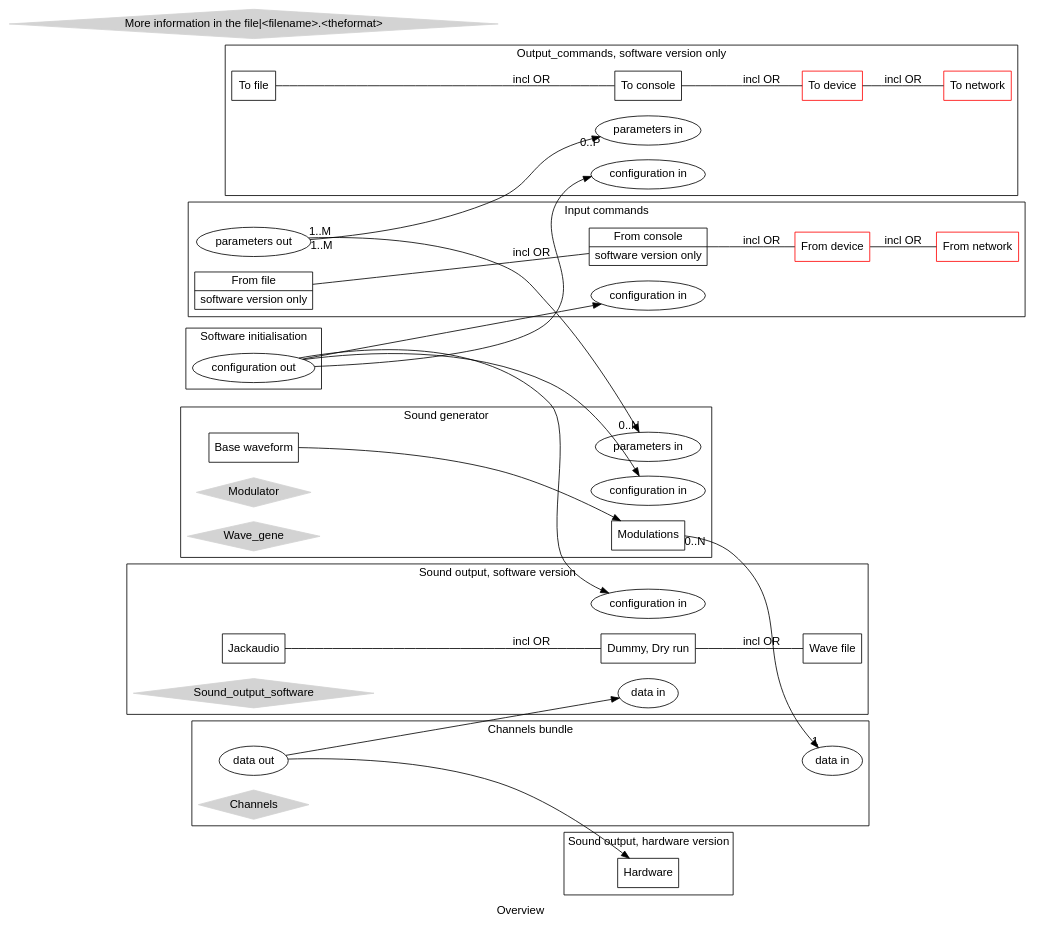
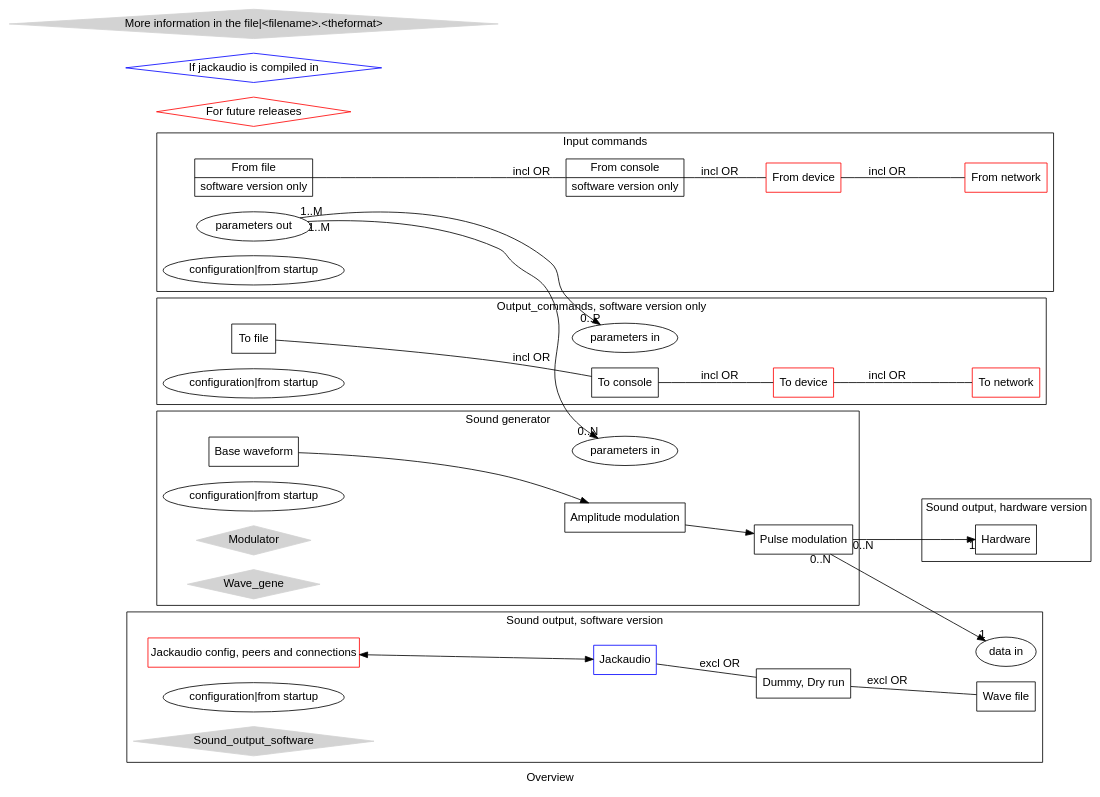
Before and after one commit to ElecGeek/MultiSignalGene: the diagram in Documentation/Overview.gv, drawn with Graphviz.

Commit message:
Overview improvement

```diff
--- a/Documentation/Overview.gv
+++ b/Documentation/Overview.gv
@@ -1,92 +1,81 @@
 digraph overview {
 		newrank=true;
 		comment=""
 		comment="Sorry my lisp installation of graphviz is broken. I hope to fix the indentation ASAP"
 		comment=""
 		 fontname="Helvetica,Arial,sans-sherif"
 		 node [fontname="Helvetica,Arial,sans-sherif"]
 		 edge [fontname="Helvetica,Arial,sans-sherif"]
 		 rankdir=LR;
 		 node [shape=record]
 
 		 label="Overview";
 
-		 subgraph cluster_initialisation {
-		 		  node [shape=record]
-				  label="Software initialisation";
-				  node [label="configuration out";shape=ellipse] "n_init_output";
-		 }
 		 subgraph cluster_input_commands {
 		 		  node [shape=record]
 				  label="Input commands";
 				  subgraph n_input_cmd {
 				  				  node [label="From file|software version only"] "n_input_cmd_file";
 				  				  node [label="From console|software version only"] "n_input_cmd_stdio";
 				  				  node [label="From device";color=red] "n_input_cmd_device";
 				  				  node [label="From network";color=red] "n_input_cmd_net";
 				  }
 				  node [label="parameters out";shape=ellipse] "n_input_commands_output";
-				  node [label="configuration in";shape=ellipse] "n_input_commands_config";
+				  node [label="configuration|from startup";shape=ellipse] "n_input_commands_config";
 				  n_input_cmd_file -> n_input_cmd_stdio -> n_input_cmd_device -> n_input_cmd_net [label="incl OR";dir=none];
 		 }
 		 subgraph cluster_output_commands {
 		 		  node [shape=record]
 				  label="Output_commands, software version only";
 				  subgraph n_output_cmd {
 				  				  node [label="To file"] "n_output_cmd_file";
 				  				  node [label="To console"] "n_output_cmd_stdio";
 				  				  node [label="To device";color=red] "n_output_cmd_device";
 				  				  node [label="To network";color=red] "n_output_cmd_net";
 				  }
 				  node [label="parameters in";shape=ellipse] "n_output_commands_params";
-				  node [label="configuration in";shape=ellipse] "n_output_commands_config";
+				  node [label="configuration|from startup";shape=ellipse] "n_output_commands_config";
 				  n_output_cmd_file -> n_output_cmd_stdio -> n_output_cmd_device -> n_output_cmd_net [label="incl OR";dir=none];
 		 }
 		 subgraph cluster_sound_gene_0 {
 		 		  node [shape=record]
 		 		  label="Sound generator";
 		 		  node [label="Base waveform"] base_waveform;
-		 		  node [label="Modulations"] base_modulations;
+		 		  node [label="Amplitude modulation"] ampl_modulation;
+		 		  node [label="Pulse modulation"] pulse_modulation;
 				  node [label="parameters in";shape=ellipse] "n_base_waveform_params";
-				  "base_waveform" -> "base_modulations";
-				  node [label="configuration in";shape=ellipse] "n_base_waveform_config";
+				  "base_waveform" -> "ampl_modulation";
+				  "ampl_modulation" -> "pulse_modulation";
+				  node [label="configuration|from startup";shape=ellipse] "n_base_waveform_config";
 				  node [label="Modulator";shape=diamond;style=filled;color=lightgrey] "links_modulator"
 				  node [label="Wave_gene";shape=diamond;style=filled;color=lightgrey] "links_wavegene"
 		 }
 
 		 subgraph cluster_sound_software {
 		 		  label="Sound output, software version";
-		 		  node [label="Jackaudio"] "n_output_jack";
-  		 		  node [label="Dummy, Dry run"] "n_output_dummy";
+		 		  node [label="Jackaudio config, peers and connections";color=red] "n_jack_cpc";
+  		 		  node [label="Jackaudio";color=blue] "n_output_jack";
+  		 		  node [label="Dummy, Dry run";color=black] "n_output_dummy";
   		 		  node [label="Wave file"] "n_output_wavefile";
+				  "n_jack_cpc" -> "n_output_jack"[dir=both];
 
-		 		  node [label="configuration in";shape=ellipse] "n_output_config";
+		 		  node [label="configuration|from startup";shape=ellipse] "n_output_config";
 				  node [label="data in";shape=ellipse] "n_output_software";
-				  n_output_jack -> n_output_dummy -> n_output_wavefile [label="incl OR";dir=none];
+				  n_output_jack -> n_output_dummy -> n_output_wavefile [label="excl OR";dir=none];
 				  node [label="Sound_output_software";shape=diamond;style=filled;color=lightgrey] "links_sound_output_software"
 				  }
 
 		 subgraph cluster_sound_hardware {
 		 		  label="Sound output, hardware version";
 		 		  node [label="Hardware"] n_output_hardware;
 				  }
 
-		 subgraph cluster_bundle_channels {
-				  node[shape=record]
-				  node [label="data in";shape=ellipse] "n_bundle_in";
-				  node [label="data out";shape=ellipse] "n_bundle_out";
-		 		  label="Channels bundle";
-				  node [label="Channels";shape=diamond;style=filled;color=lightgrey] "links_channels"
-		 }
-		 "n_init_output" -> "n_input_commands_config";
-		 "n_init_output" -> "n_output_commands_config";
-		 "n_init_output" -> "n_base_waveform_config";
-		 "n_init_output" -> "n_output_config";
 		 "n_input_commands_output" -> "n_output_commands_params" [headlabel="0..P";taillabel="1..M"];
 		 "n_input_commands_output" -> "n_base_waveform_params" [headlabel="0..N";taillabel="1..M"];
-		 "base_modulations" -> n_bundle_in [headlabel="1";taillabel="0..N"];
-		 n_bundle_out -> n_output_software;
-		 n_bundle_out -> n_output_hardware;
+		 "pulse_modulation" -> n_output_software[headlabel="1";taillabel="0..N"];
+		 "pulse_modulation" -> n_output_hardware[headlabel="1";taillabel="0..N"];
 
+	     node [label="For future releases";shape=diamond;color=red] "red_legenda"
+	     node [label="If jackaudio is compiled in";shape=diamond;color=blue] "blue_legenda"
 	     node [label="More information in the file|<filename>.<theformat>";shape=diamond;style=filled;color=lightgrey] "links_legenda"
 }
```
